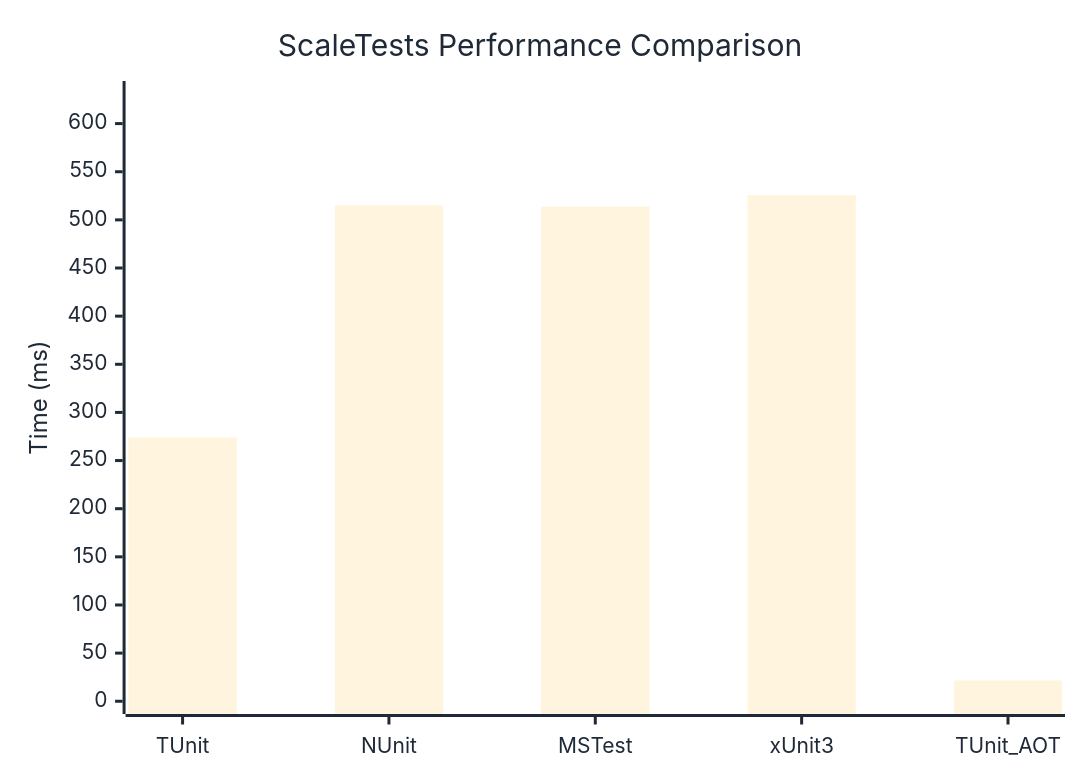
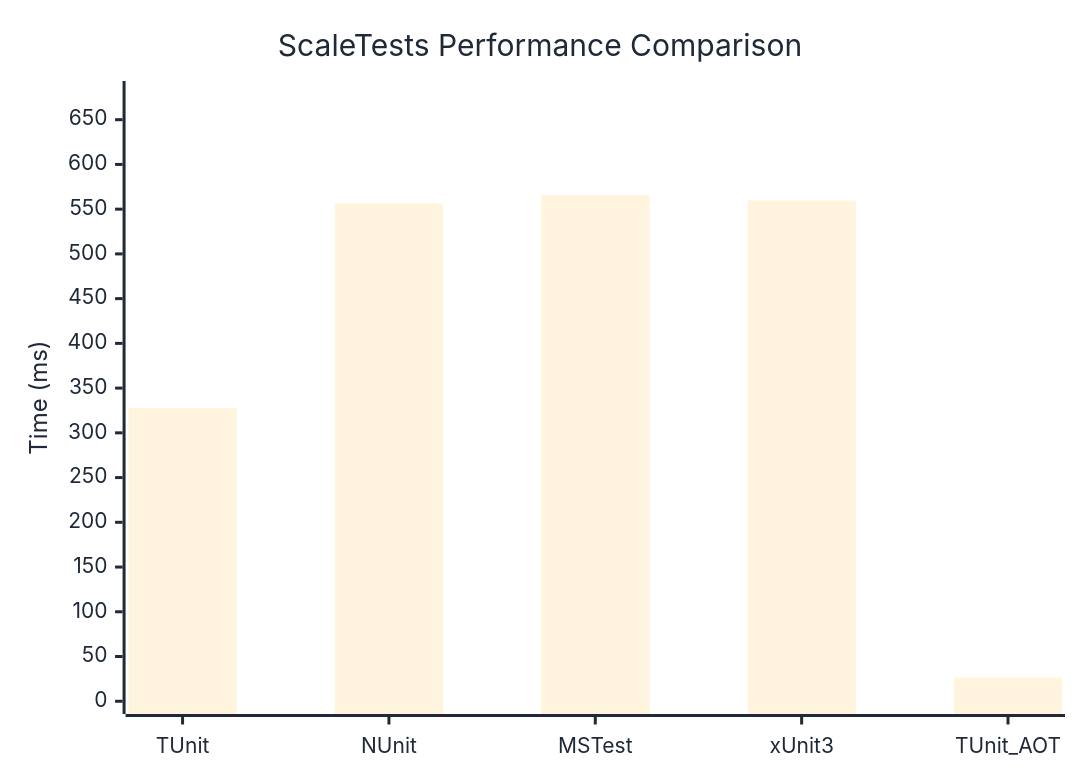
The diagram in docs/docs/benchmarks/engine/ScaleTests.md (thomhurst/TUnit), drawn with Mermaid before and after one commit. The commit also changed other lines of this file and 17 other files, not shown here.

````diff
--- a/docs/docs/benchmarks/engine/ScaleTests.md
+++ b/docs/docs/benchmarks/engine/ScaleTests.md
@@ -29,37 +29,37 @@
 ```mermaid
 %%{init: {
   'theme':'base',
   'themeVariables': {
     'primaryColor': '#2563eb',
     'primaryTextColor': '#1f2937',
     'primaryBorderColor': '#1e40af',
     'lineColor': '#6b7280',
     'secondaryColor': '#7c3aed',
     'tertiaryColor': '#dc2626',
     'background': '#ffffff',
     'mainBkg': '#2563eb',
     'secondBkg': '#7c3aed',
     'tertiaryBkg': '#dc2626',
     'clusterBkg': '#f3f4f6',
     'edgeLabelBackground': '#ffffff',
     'tertiaryTextColor': '#1f2937',
     'pie1': '#2563eb',
     'pie2': '#7c3aed',
     'pie3': '#dc2626',
     'pie4': '#f59e0b',
     'pie5': '#10b981',
     'pie6': '#06b6d4',
     'pie7': '#ec4899',
     'pie8': '#6366f1',
     'pie9': '#84cc16',
     'pie10': '#f97316',
     'pie11': '#14b8a6',
     'pie12': '#a855f7'
   }
 }}%%
 xychart-beta
   title "ScaleTests Performance Comparison"
   x-axis ["TUnit", "NUnit", "MSTest", "xUnit3", "TUnit_AOT"]
-  y-axis "Time (ms)" 0 --> 631
-  bar [273.88, 515.13, 513.97, 525.61, 21.49]
+  y-axis "Time (ms)" 0 --> 679
+  bar [327.87, 556.36, 565.79, 559.76, 26.65]
 ```
````
